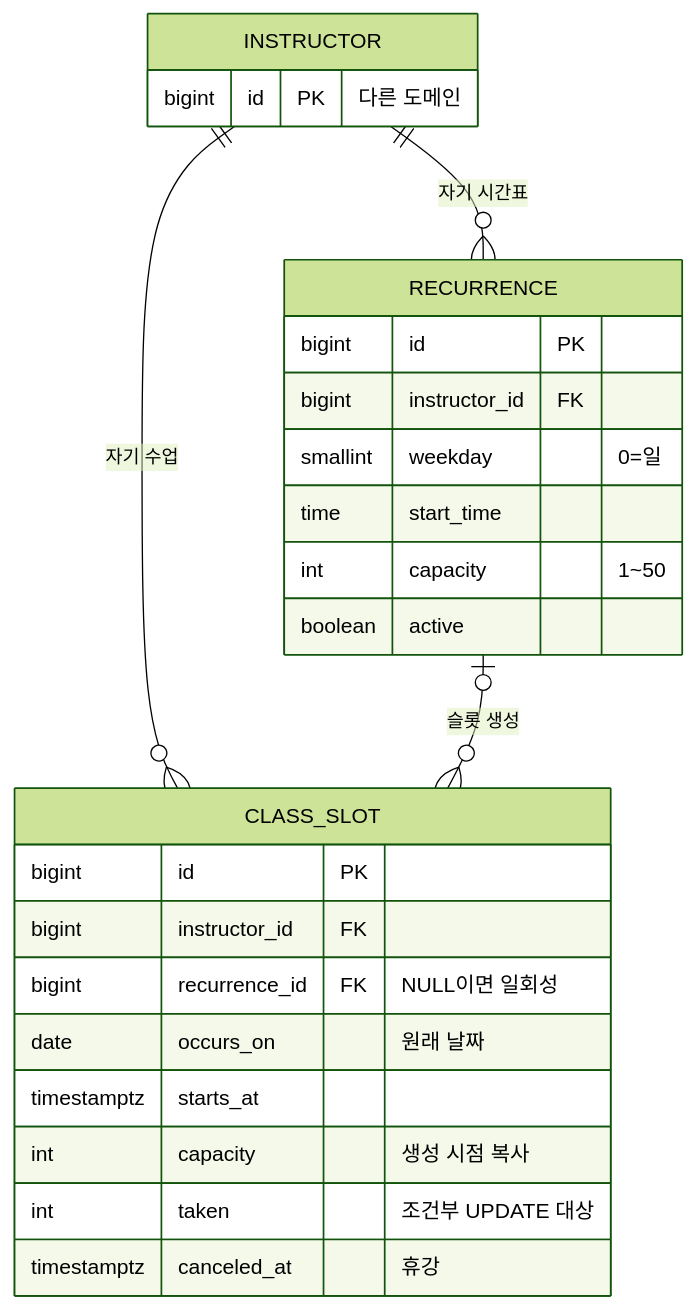
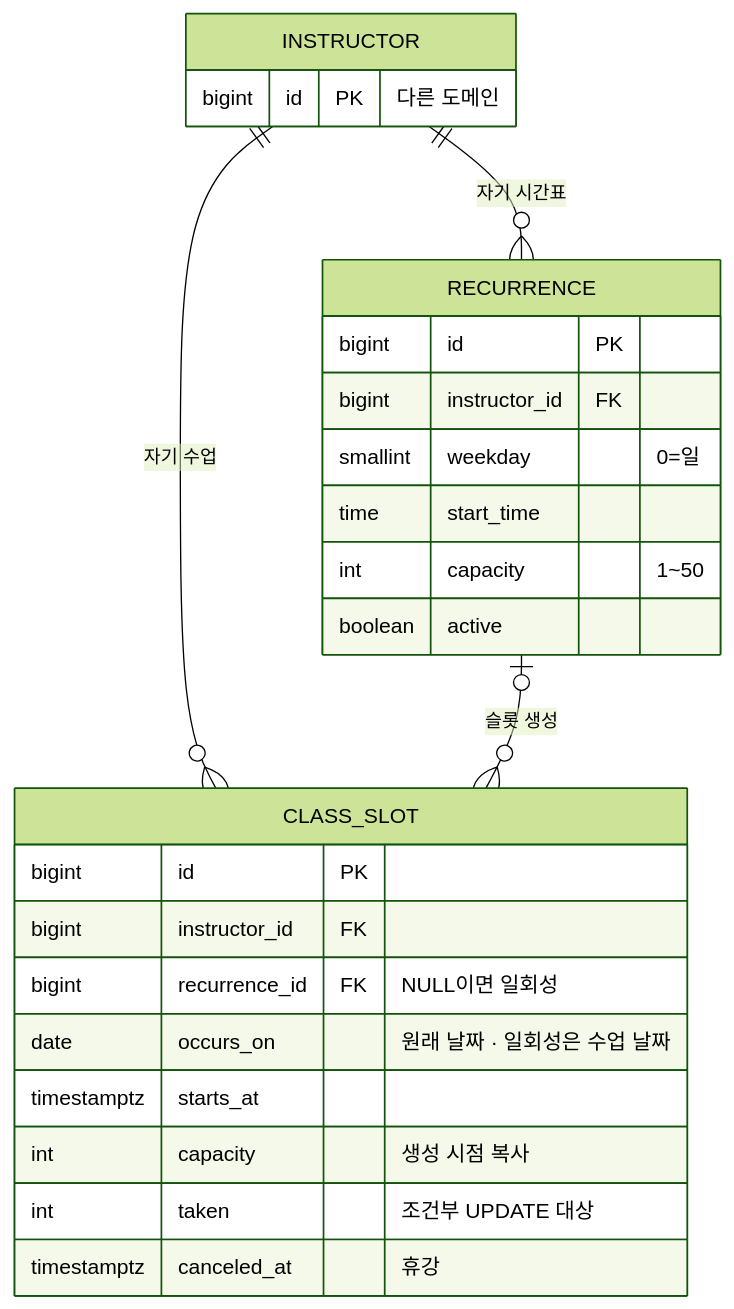
Before and after one commit to Fit-link-v2/FitLink-BE: the diagram in docs/spec/schedule/data-model.md, drawn with Mermaid (forest theme). The commit also changed other lines of this file and 7 other files, not shown here.

````diff
--- a/docs/spec/schedule/data-model.md
+++ b/docs/spec/schedule/data-model.md
@@ -7,27 +7,27 @@
 ```mermaid
 erDiagram
     INSTRUCTOR ||--o{ RECURRENCE : "자기 시간표"
     INSTRUCTOR ||--o{ CLASS_SLOT : "자기 수업"
     RECURRENCE |o--o{ CLASS_SLOT : "슬롯 생성"
     RECURRENCE {
         bigint id PK
         bigint instructor_id FK
         smallint weekday "0=일"
         time start_time
         int capacity "1~50"
         boolean active
     }
     CLASS_SLOT {
         bigint id PK
         bigint instructor_id FK
         bigint recurrence_id FK "NULL이면 일회성"
-        date occurs_on "원래 날짜"
+        date occurs_on "원래 날짜 · 일회성은 수업 날짜"
         timestamptz starts_at
         int capacity "생성 시점 복사"
         int taken "조건부 UPDATE 대상"
         timestamptz canceled_at "휴강"
     }
     INSTRUCTOR {
         bigint id PK "다른 도메인"
     }
 ```
````
